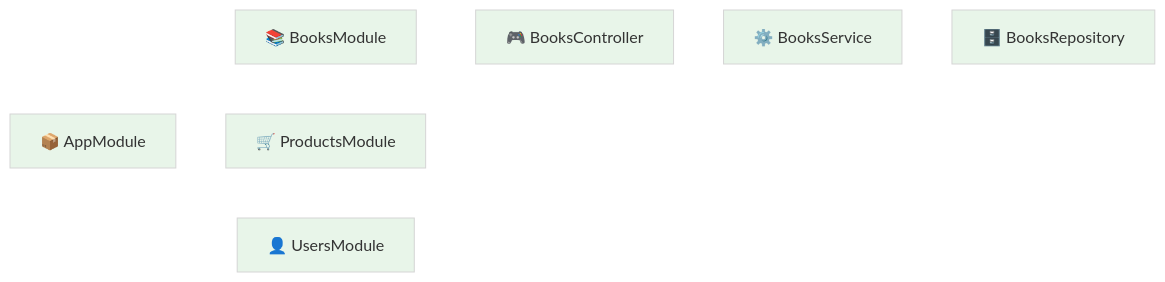
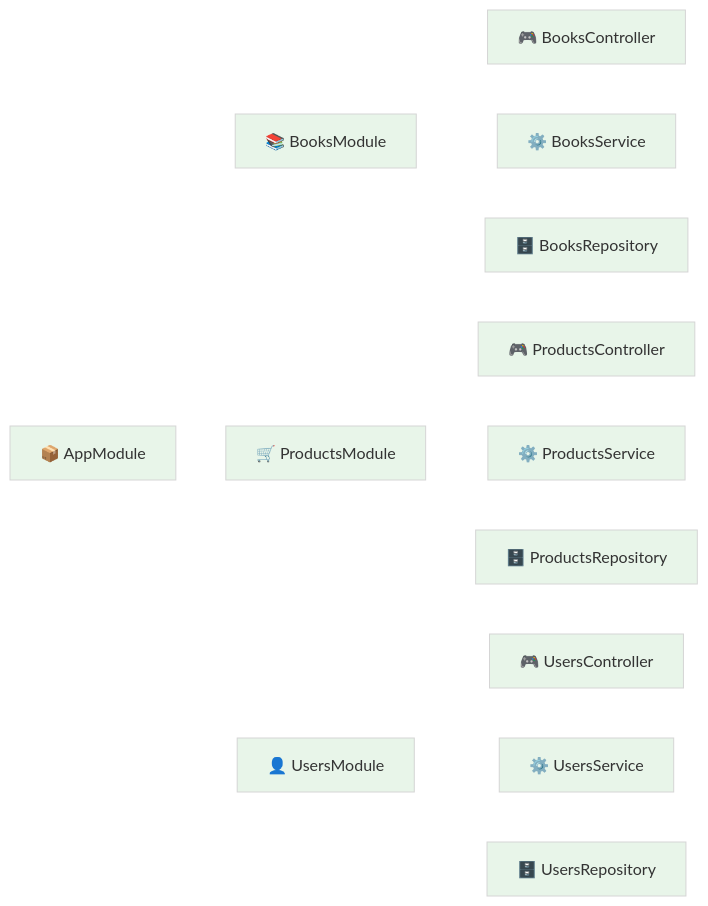
The first of 4 diagrams in CODEBASE_ANALYSIS.md (alvianzf/introduction-to-nest), drawn with Mermaid before and after one commit. The commit also changed other lines of this file, not shown here.

Commit message:
docs: Expand NestJS module diagram with Users and Products relationships and add pro-tips section.

````diff
--- a/CODEBASE_ANALYSIS.md
+++ b/CODEBASE_ANALYSIS.md
@@ -11,13 +11,21 @@
 ```mermaid
 %%{init: {'theme': 'base', 'themeVariables': { 'primaryColor': '#e8f5e9', 'edgeColor': '#ffffff', 'tertiaryColor': '#fff3e0', 'lineColor': '#ffffff'}}}%%
 graph LR
     AppModule["📦 AppModule"] --> BooksModule["📚 BooksModule"]
     AppModule --> ProductsModule["🛒 ProductsModule"]
     AppModule --> UsersModule["👤 UsersModule"]
-    
+
     BooksModule --> BooksController["🎮 BooksController"]
-    BooksController --> BooksService["⚙️ BooksService"]
-    BooksService --> BooksRepository["🗄️ BooksRepository"]
+    BooksModule --> BooksService["⚙️ BooksService"]
+    BooksModule --> BooksRepository["🗄️ BooksRepository"]
+
+    UsersModule --> UsersController["🎮 UsersController"]
+    UsersModule --> UsersService["⚙️ UsersService"]
+    UsersModule --> UsersRepository["🗄️ UsersRepository"]
+
+    ProductsModule --> ProductsController["🎮 ProductsController"]
+    ProductsModule --> ProductsService["⚙️ ProductsService"]
+    ProductsModule --> ProductsRepository["🗄️ ProductsRepository"]
 
     linkStyle default stroke:#ffffff,stroke-width:2px
 ```
````
